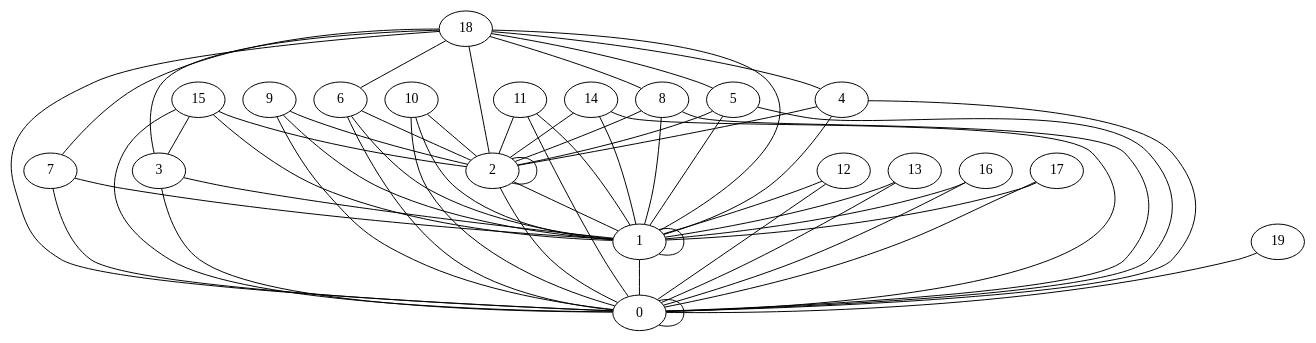
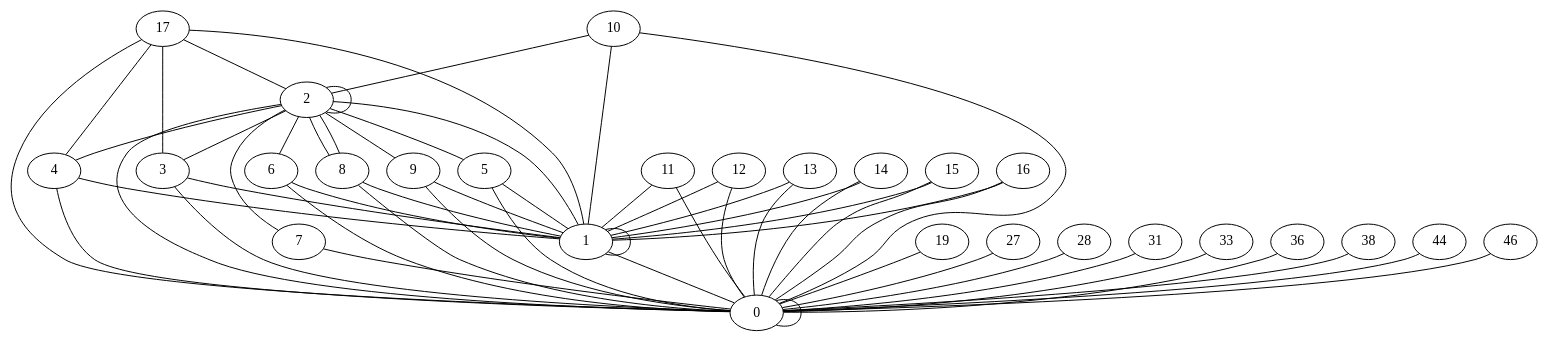
The diagram in Assets/Temp/graph.dot (13985/FYP), drawn with Graphviz before and after one commit. The commit also changed 7 other files, not shown here.

```diff
--- a/Assets/Temp/graph.dot
+++ b/Assets/Temp/graph.dot
@@ -1,58 +1,58 @@
 graph "My Graph" {
 	0 -- 0
 	1 -- 0
 	1 -- 1
 	2 -- 0
 	2 -- 1
 	2 -- 2
+	2 -- 3
+	2 -- 4
+	2 -- 5
+	2 -- 6
+	2 -- 7
+	2 -- 8
+	2 -- 9
 	3 -- 0
 	3 -- 1
 	4 -- 0
 	4 -- 1
-	4 -- 2
 	5 -- 0
 	5 -- 1
-	5 -- 2
 	6 -- 0
 	6 -- 1
-	6 -- 2
 	7 -- 0
-	7 -- 1
 	8 -- 0
 	8 -- 1
 	8 -- 2
 	9 -- 0
 	9 -- 1
-	9 -- 2
 	10 -- 0
 	10 -- 1
 	10 -- 2
 	11 -- 0
 	11 -- 1
-	11 -- 2
 	12 -- 0
 	12 -- 1
 	13 -- 0
 	13 -- 1
 	14 -- 0
 	14 -- 1
-	14 -- 2
 	15 -- 0
 	15 -- 1
-	15 -- 2
-	15 -- 3
 	16 -- 0
 	16 -- 1
 	17 -- 0
 	17 -- 1
-	18 -- 0
-	18 -- 1
-	18 -- 2
-	18 -- 3
-	18 -- 4
-	18 -- 5
-	18 -- 6
-	18 -- 7
-	18 -- 8
+	17 -- 2
+	17 -- 3
+	17 -- 4
 	19 -- 0
+	27 -- 0
+	28 -- 0
+	31 -- 0
+	33 -- 0
+	36 -- 0
+	38 -- 0
+	44 -- 0
+	46 -- 0
 }
```
